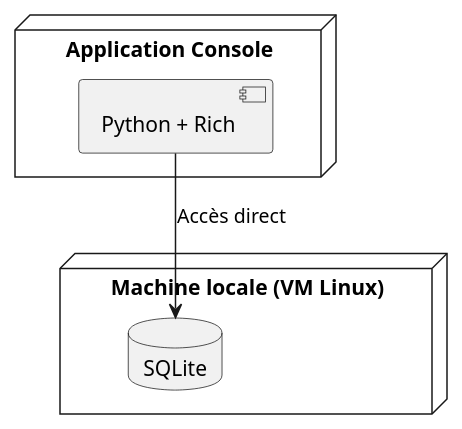
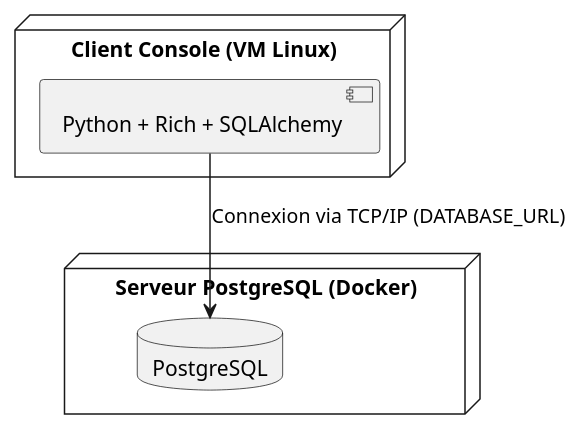
Before and after one commit to nathanlamy/LOG430-LABO-2: the diagram in docs/UML/deployment.puml, drawn with PlantUML. The commit also changed 15 other files, not shown here.

```diff
--- a/docs/UML/deployment.puml
+++ b/docs/UML/deployment.puml
@@ -1,11 +1,13 @@
-@startuml Vue de déploiement
-node "Application Console" {
-  component "Python + Rich"
+@startuml Vue_de_deploiement
+
+node "Client Console (VM Linux)" {
+  component "Python + Rich + SQLAlchemy"
 }
 
-node "Machine locale (VM Linux)" {
-  database "SQLite"
+node "Serveur PostgreSQL (Docker)" {
+  database "PostgreSQL"
 }
 
-"Python + Rich" --> "SQLite" : Accès direct
+"Python + Rich + SQLAlchemy" --> "PostgreSQL" : Connexion via TCP/IP (DATABASE_URL)
+
 @enduml
```
